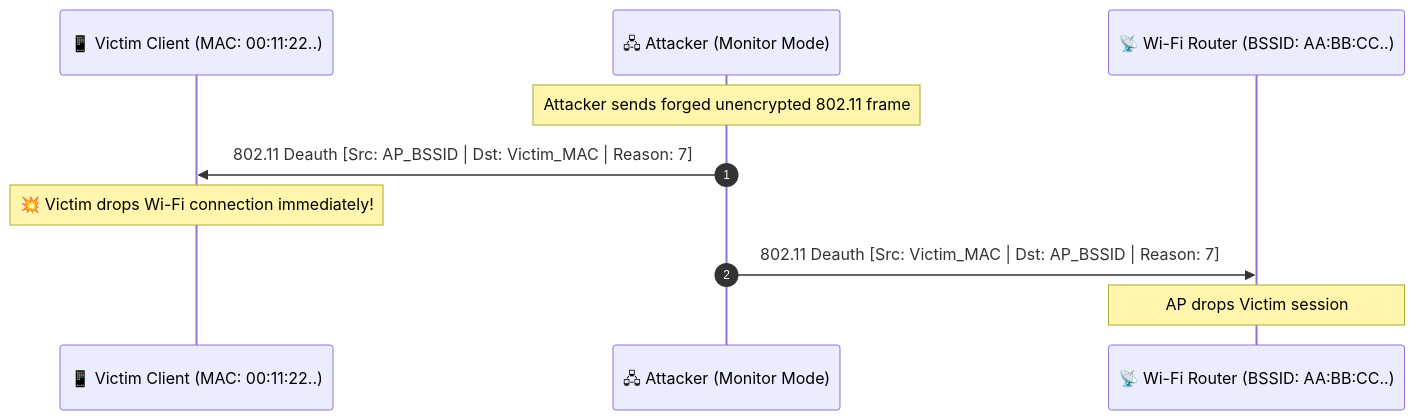
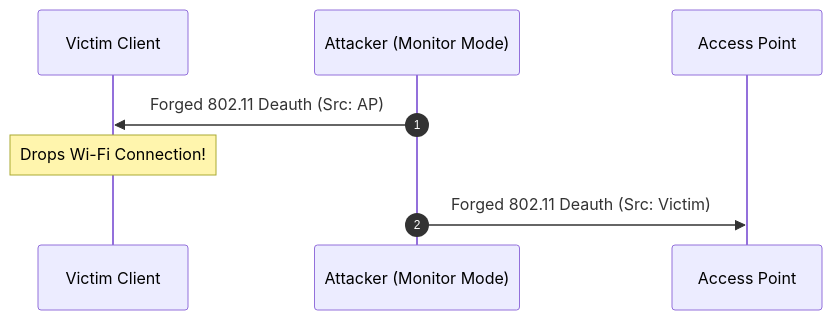
Before and after one commit to DaddyZyn/Cyber-security-notes: the first of 4 diagrams in topics/11-wifi-80211-deauth-wpa2-handshakes-and-pmkid/README.md, drawn with Mermaid. The commit also changed other lines of this file and 19 other files, not shown here.

Commit message:
fix: overhaul all Mermaid diagrams with clean vertical layouts and short line-wrapping to prevent GitHub clipping

````diff
--- a/topics/11-wifi-80211-deauth-wpa2-handshakes-and-pmkid/README.md
+++ b/topics/11-wifi-80211-deauth-wpa2-handshakes-and-pmkid/README.md
@@ -50,13 +50,11 @@
 ```mermaid
 sequenceDiagram
     autonumber
-    participant Victim as 📱 Victim Client (MAC: 00:11:22..)
-    participant Attacker as 🖧 Attacker (Monitor Mode)
-    participant AP as 📡 Wi-Fi Router (BSSID: AA:BB:CC..)
+    participant Victim as Victim Client
+    participant Attacker as Attacker (Monitor Mode)
+    participant AP as Access Point
 
-    Note over Attacker: Attacker sends forged unencrypted 802.11 frame
-    Attacker->>Victim: 802.11 Deauth [Src: AP_BSSID | Dst: Victim_MAC | Reason: 7]
-    Note over Victim: 💥 Victim drops Wi-Fi connection immediately!
-    Attacker->>AP: 802.11 Deauth [Src: Victim_MAC | Dst: AP_BSSID | Reason: 7]
-    Note over AP: AP drops Victim session
+    Attacker->>Victim: Forged 802.11 Deauth (Src: AP)
+    Note over Victim: Drops Wi-Fi Connection!
+    Attacker->>AP: Forged 802.11 Deauth (Src: Victim)
 ```
````
